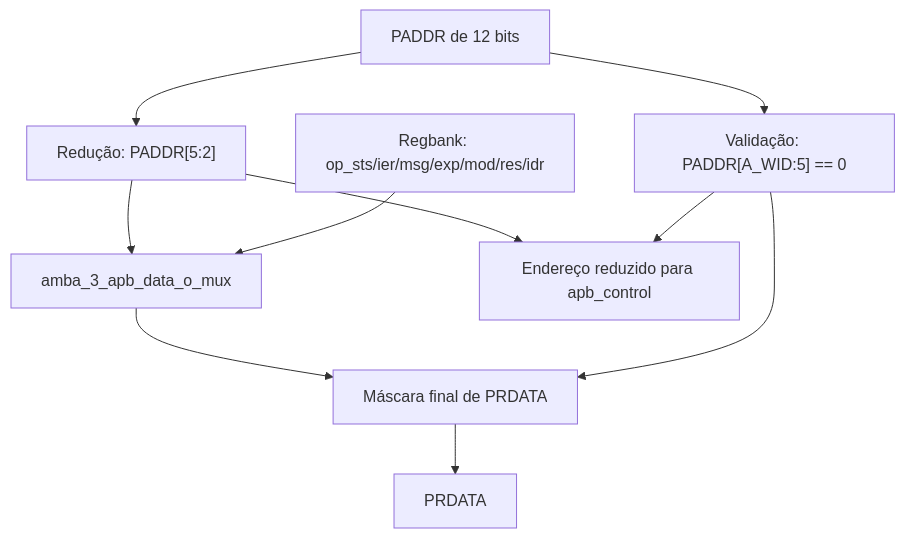
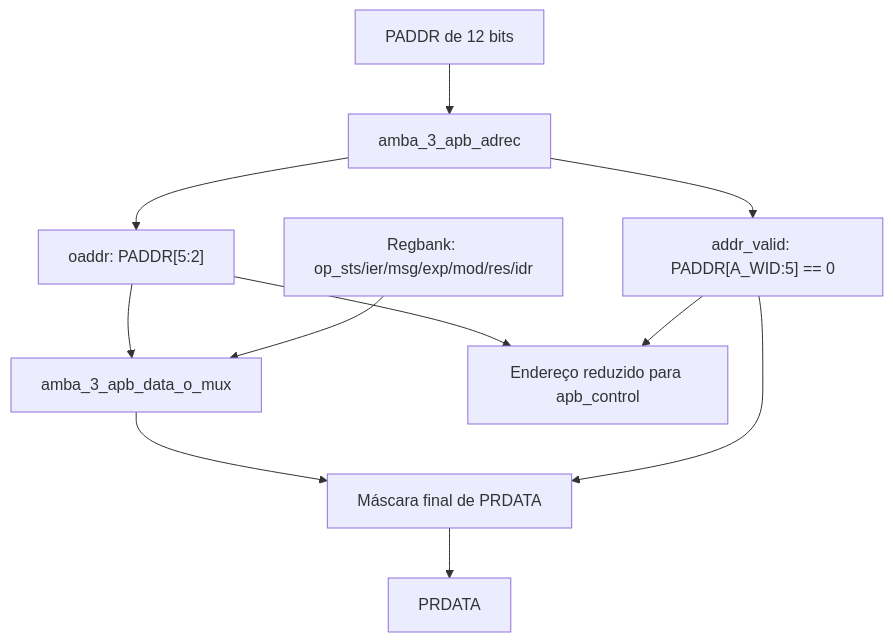
The diagram in src/amba_3_apb/README_amba_3_apb_data_io_top.md (MattGrossi12/RSA_APB_32-bit), drawn with Mermaid before and after one commit. The commit also changed other lines of this file and 30 other files, not shown here.

Commit message:
AO diagrama de topo da arquitetura foi incluído no readme

````diff
--- a/src/amba_3_apb/README_amba_3_apb_data_io_top.md
+++ b/src/amba_3_apb/README_amba_3_apb_data_io_top.md
@@ -14,12 +14,13 @@
 ```mermaid
 flowchart TD
-    PA["PADDR de 12 bits"] --> RED["Redução: PADDR[5:2]"]
-    PA --> VALID["Validação: PADDR[A_WID:5] == 0"]
+    PA["PADDR de 12 bits"] --> ADREC["amba_3_apb_adrec"]
+    ADREC --> RED["oaddr: PADDR[5:2]"]
+    ADREC --> VALID["addr_valid: PADDR[A_WID:5] == 0"]
     RED --> MUX["amba_3_apb_data_o_mux"]
     RB["Regbank: op_sts/ier/msg/exp/mod/res/idr"] --> MUX
     MUX --> GATE["Máscara final de PRDATA"]
     VALID --> GATE
     GATE --> OUT["PRDATA"]
     RED --> CTRL["Endereço reduzido para apb_control"]
     VALID --> CTRL
 ```
````
